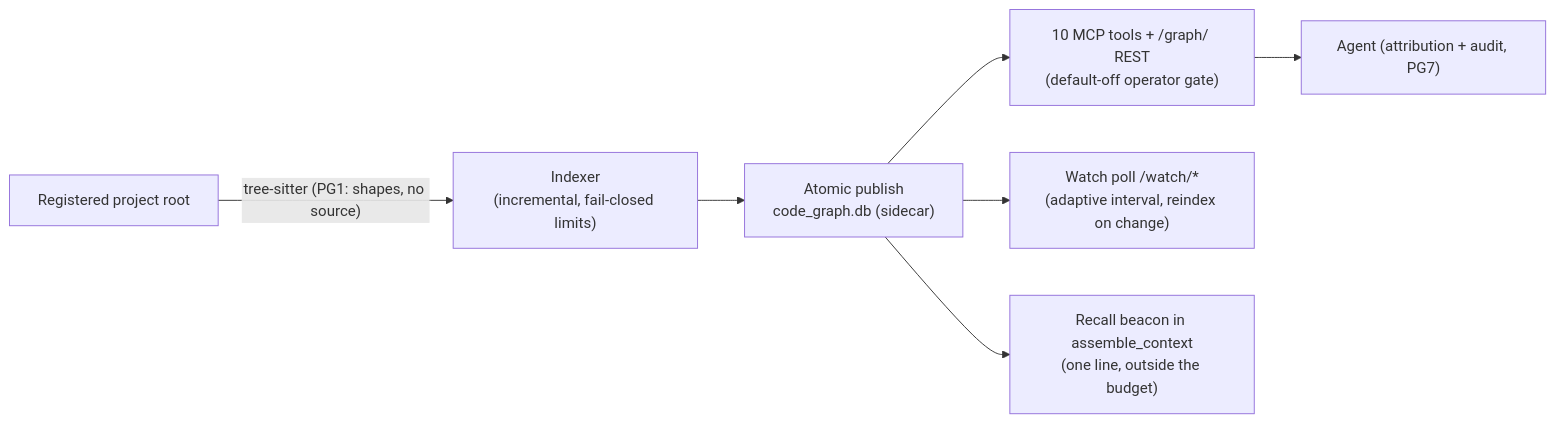
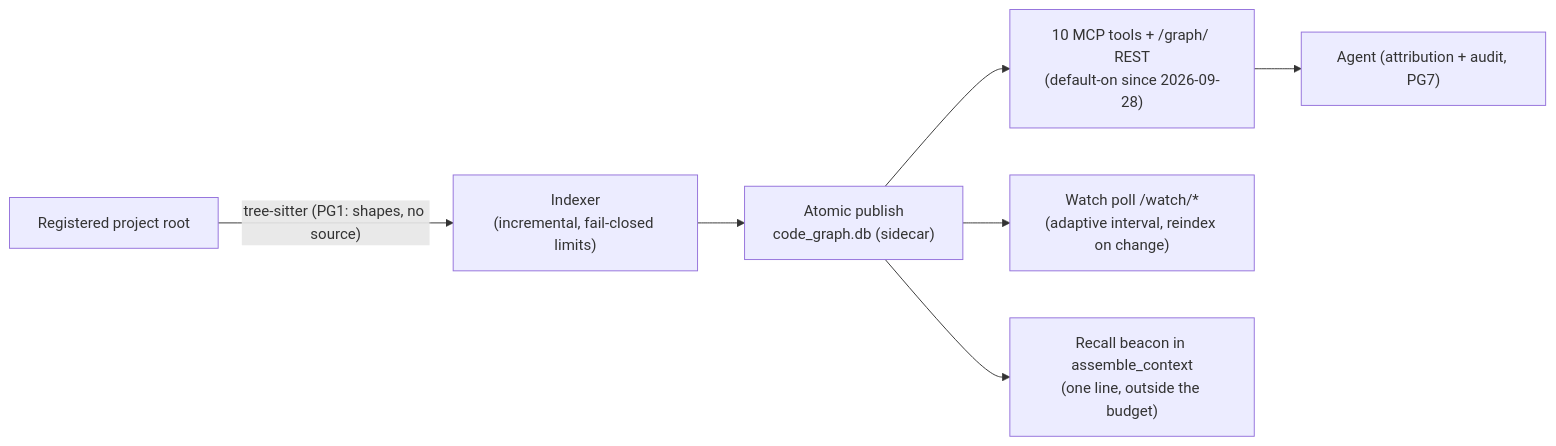
One commit to vesmaro/vesma changed the fourth of 10 diagrams in ARCHITECTURE.md. Above: the diagram before and after it, drawn with Mermaid. The commit also changed other lines of this file and 29 other files, not shown here.

First line of the commit message:
feat(config): graphs on by default — owner decision 2026-09-28

````diff
--- a/ARCHITECTURE.md
+++ b/ARCHITECTURE.md
@@ -335,9 +335,9 @@
 ```mermaid
 flowchart LR
     SRC["Registered project root"] -->|"tree-sitter (PG1: shapes, no source)"| IDX["Indexer\n(incremental, fail-closed limits)"]
     IDX --> ATOM["Atomic publish\ncode_graph.db (sidecar)"]
-    ATOM --> TOOLS["10 MCP tools + /graph/ REST\n(default-off operator gate)"]
+    ATOM --> TOOLS["10 MCP tools + /graph/ REST\n(default-on since 2026-09-28)"]
     ATOM --> POLL["Watch poll /watch/*\n(adaptive interval, reindex on change)"]
     ATOM --> BEACON["Recall beacon in assemble_context\n(one line, outside the budget)"]
     TOOLS --> AG["Agent (attribution + audit, PG7)"]
 ```
````
